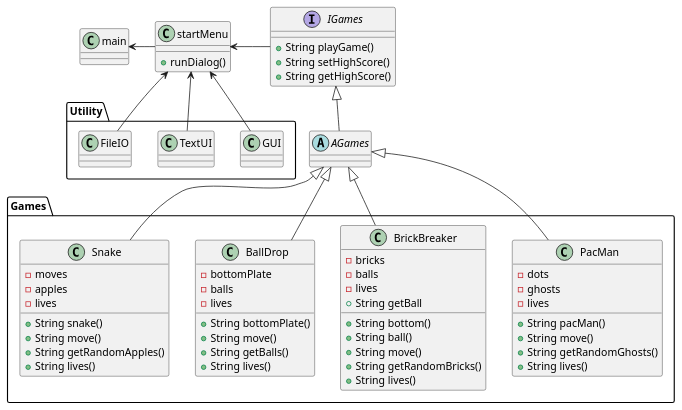
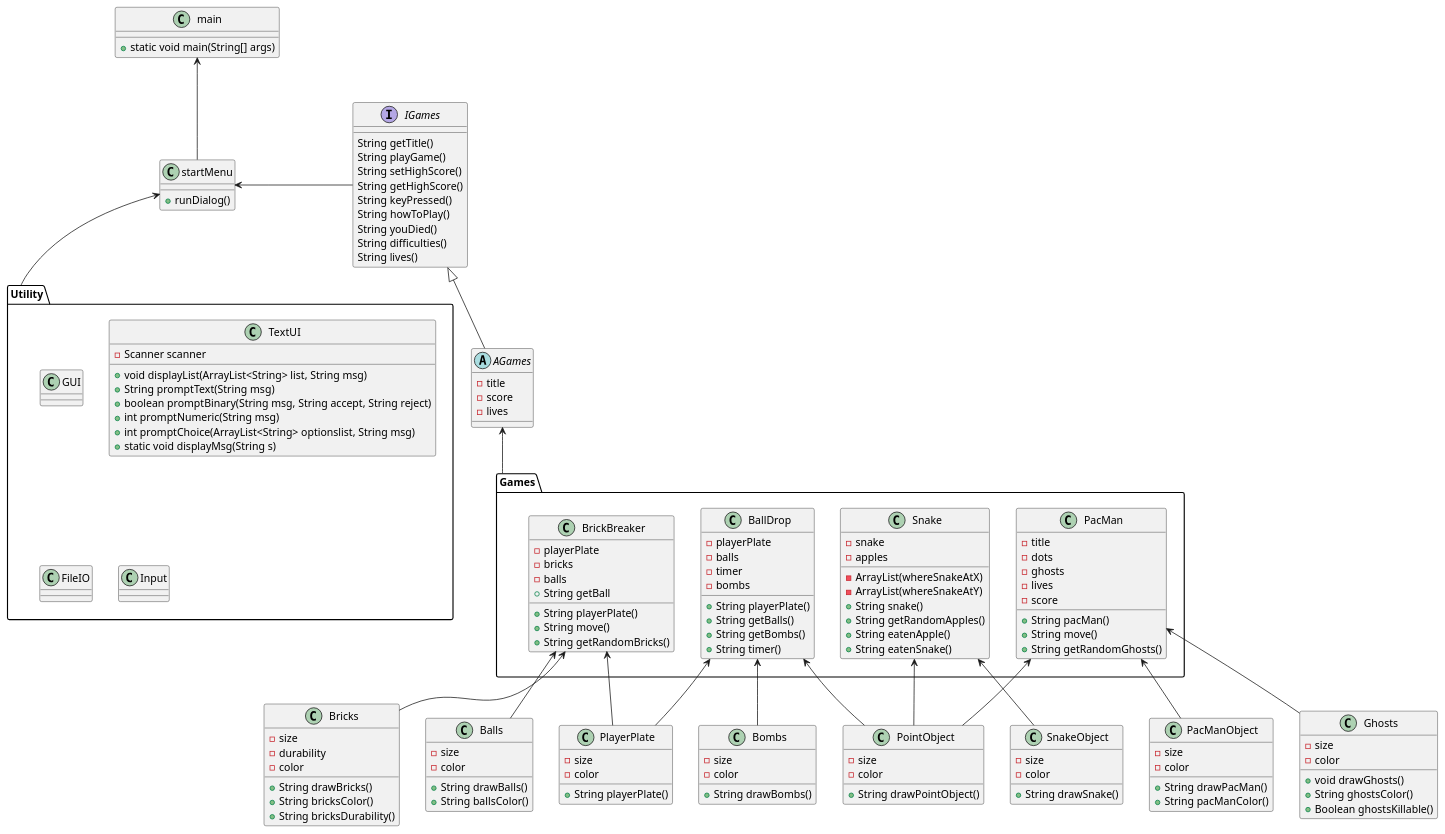
The diagram in doc/Plan/classdiagram.puml (RikkeMariussen/ICE-opgave), drawn with PlantUML before and after one commit. The commit also changed 1 other file, not shown here.

Commit message:
Funktionelle krav og ændringer til klassediagram

```diff
--- a/doc/Plan/classdiagram.puml
+++ b/doc/Plan/classdiagram.puml
@@ -1,81 +1,180 @@
 @startuml
 'https://plantuml.com/class-diagram
 
-class main
-
+class main{
++ static void main(String[] args)
+}
 class startMenu{
 + runDialog()
 }
 
 interface IGames{
-+ String playGame()
-+ String setHighScore()
-+ String getHighScore()
+String getTitle()
+String playGame()
+String setHighScore()
+String getHighScore()
+String keyPressed()
+String howToPlay()
+String youDied()
+String difficulties()
+String lives()
 }
 
-abstract class AGames
+abstract class AGames{
+- title
+- score
+- lives
+}
 
 package Games <<Folder>> {
 
+class BrickBreaker{
+- playerPlate
+- bricks
+- balls
++ String playerPlate()
++ String getBall
++ String move()
++ String getRandomBricks()
+}
+
+class BallDrop{
+- playerPlate
+- balls
+- timer
+- bombs
++ String playerPlate()
++ String getBalls()
++ String getBombs()
++ String timer()
+}
+
+class Snake{
+- snake
+- apples
+- ArrayList(whereSnakeAtX)
+- ArrayList(whereSnakeAtY)
++ String snake()
++ String getRandomApples()
++ String eatenApple()
++ String eatenSnake()
+}
+
 class PacMan{
+- title
 - dots
 - ghosts
 - lives
+- score
 + String pacMan()
 + String move()
 + String getRandomGhosts()
-+ String lives()
-}
-class BrickBreaker{
-- bricks
-- balls
-- lives
-+ String bottom()
-+ String ball()
-+ String getBall
-+ String move()
-+ String getRandomBricks()
-+ String lives()
-}
-
-class BallDrop{
-- bottomPlate
-- balls
-- lives
-+ String bottomPlate()
-+ String move()
-+ String getBalls()
-+ String lives()
-}
-
-class Snake{
-- moves
-- apples
-- lives
-+ String snake()
-+ String move()
-+ String getRandomApples()
-+ String lives()
 }
 }
 
 package Utility <<Folder>> {
-class GUI
-class TextUI
-class FileIO
+class GUI{
+}
+class TextUI{
+- Scanner scanner
++ void displayList(ArrayList<String> list, String msg)
++ String promptText(String msg)
++ boolean promptBinary(String msg, String accept, String reject)
++ int promptNumeric(String msg)
++ int promptChoice(ArrayList<String> optionslist, String msg)
++ static void displayMsg(String s)
+}
+class FileIO{
+}
+class Input{
+}
 }
 
+class Balls{
+- size
+- color
++ String drawBalls()
++ String ballsColor()
+}
 
-main <- startMenu
+class Bombs{
+- size
+- color
++ String drawBombs()
+}
+
+class PlayerPlate{
+- size
+- color
++ String playerPlate()
+}
+
+class SnakeObject{
+- size
+- color
++ String drawSnake()
+}
+
+class PointObject{
+'Apples, cheese and cherries for Snake and PacMan
+- size
+- color
++ String drawPointObject()
+}
+
+class Bricks{
+- size
+- durability
+- color
++ String drawBricks()
++ String bricksColor()
++ String bricksDurability()
+}
+
+class PacManObject{
+- size
+- color
++ String drawPacMan()
++ String pacManColor()
+}
+
+class Ghosts{
+- size
+- color
++ void drawGhosts()
++ String ghostsColor()
++ Boolean ghostsKillable()
+}
+
+main <-- startMenu
 startMenu <- IGames
 
 IGames <|-- AGames
-AGames <|-- Snake
-AGames <|-- BrickBreaker
-AGames <|-- BallDrop
-AGames <|-- PacMan
 
-startMenu <-- GUI
-startMenu <-- TextUI
-startMenu <-- FileIO
+AGames <-- Games
+'AGames <|-- Snake
+'AGames <|-- BrickBreaker
+'AGames <|-- BallDrop
+'AGames <|-- PacMan
+
+startMenu <-- Utility
+'startMenu <-- GUI
+'startMenu <-- TextUI
+'startMenu <-- FileIO
+
+BrickBreaker <-- Bricks
+BrickBreaker <-- PlayerPlate
+BrickBreaker <-- Balls
+
+BallDrop <-- PlayerPlate
+BallDrop <-- PointObject
+BallDrop <-- Bombs
+
+Snake <-- SnakeObject
+Snake <-- PointObject
+
+PacMan <-- PacManObject
+PacMan <-- Ghosts
+PacMan <-- PointObject
+
 @enduml
```
